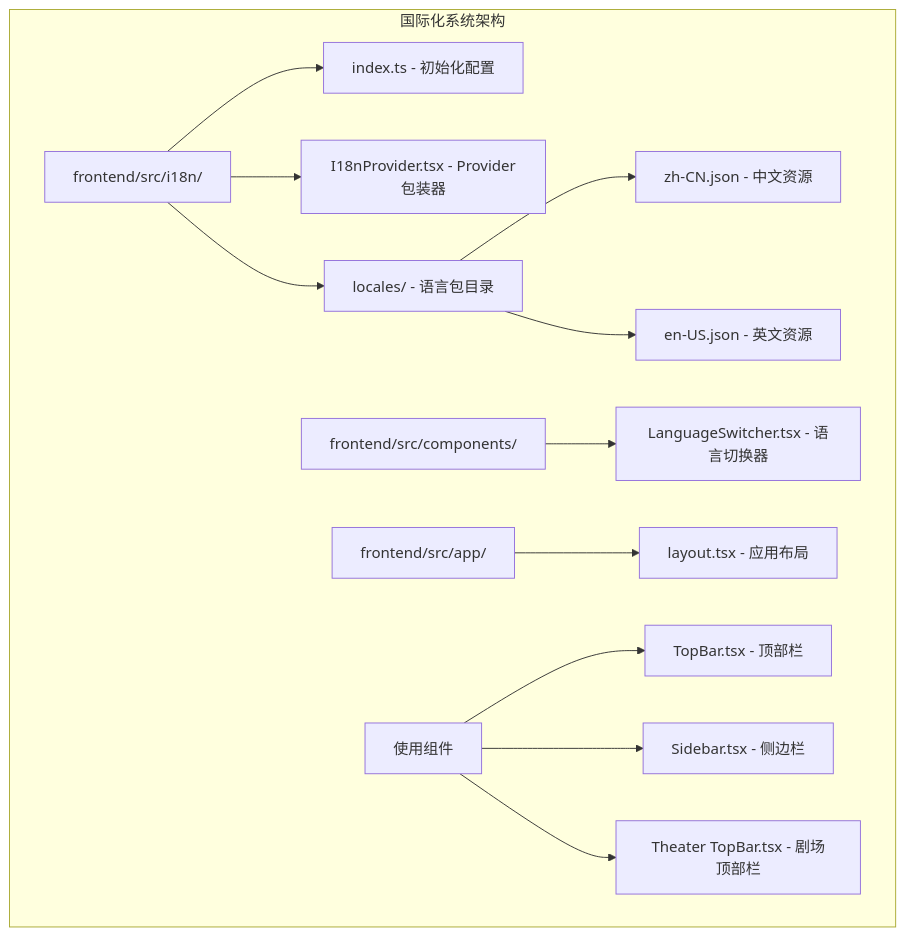
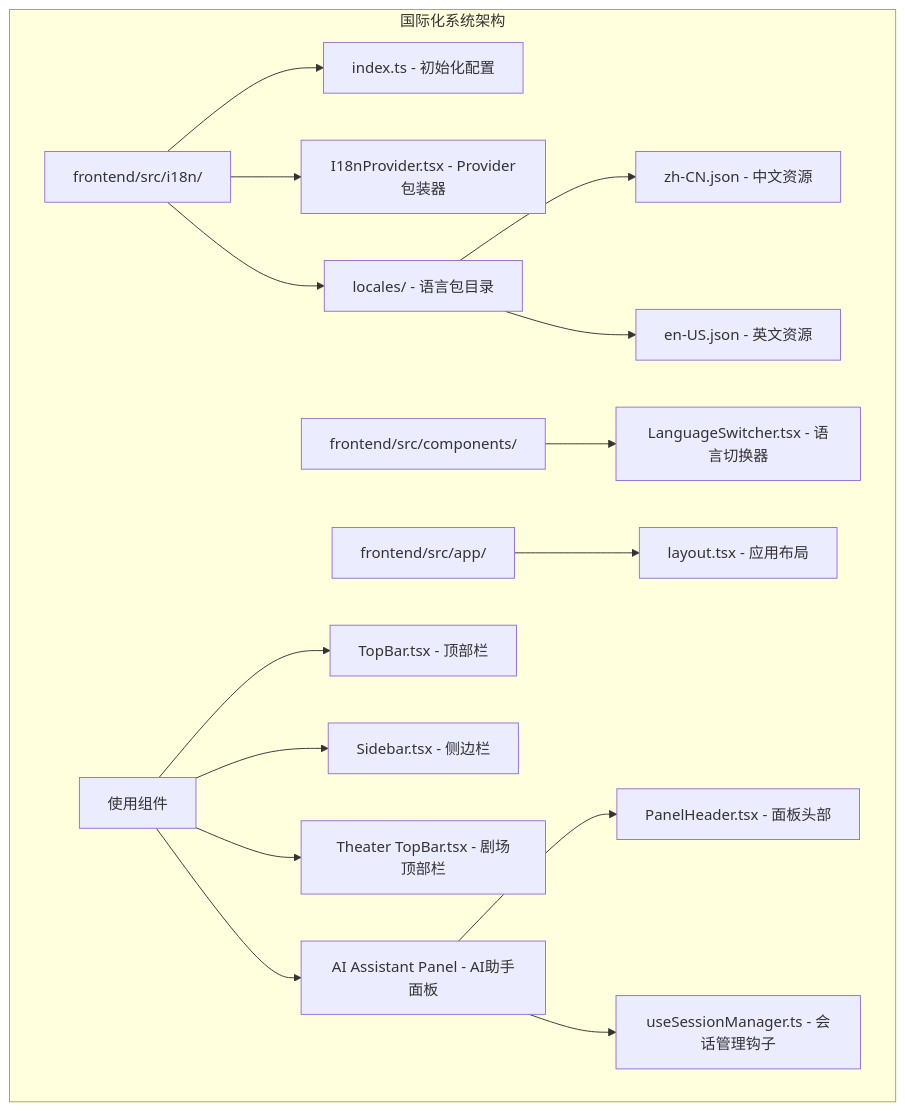
Before and after one commit to KunLabAI/KunFlix: the first of 9 diagrams in .qoder/repowiki/zh/content/系统架构/前端架构/国际化系统/国际化系统.md, drawn with Mermaid. The commit also changed other lines of this file and 12 other files, not shown here.

````diff
--- a/.qoder/repowiki/zh/content/系统架构/前端架构/国际化系统/国际化系统.md
+++ b/.qoder/repowiki/zh/content/系统架构/前端架构/国际化系统/国际化系统.md
@@ -38,15 +50,18 @@
 ```mermaid
 graph TB
 subgraph "国际化系统架构"
 A[frontend/src/i18n/] --> B[index.ts - 初始化配置]
 A --> C[I18nProvider.tsx - Provider包装器]
 A --> D[locales/ - 语言包目录]
 D --> E[zh-CN.json - 中文资源]
 D --> F[en-US.json - 英文资源]
 G[frontend/src/components/] --> H[LanguageSwitcher.tsx - 语言切换器]
 I[frontend/src/app/] --> J[layout.tsx - 应用布局]
 K[使用组件] --> L[TopBar.tsx - 顶部栏]
 K --> M[Sidebar.tsx - 侧边栏]
 K --> N[Theater TopBar.tsx - 剧场顶部栏]
+K --> O[AI Assistant Panel - AI助手面板]
+O --> P[PanelHeader.tsx - 面板头部]
+O --> Q[useSessionManager.ts - 会话管理钩子]
 end
 ```
````
